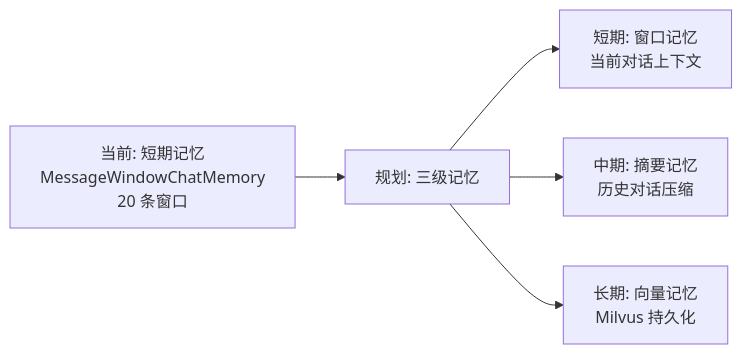
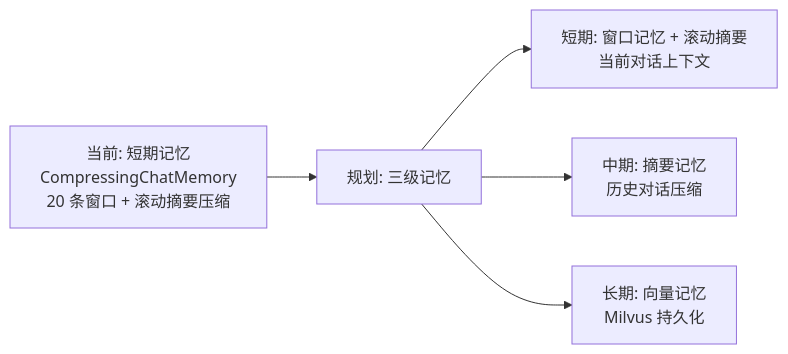
One commit to zxchengQQ/agent_demo changed the second of 2 diagrams in specs/modules/记忆管理模块-业务说明书.md. Above: the diagram before and after it, drawn with Mermaid. The commit also changed other lines of this file and 151 other files, not shown here.

````diff
--- a/specs/modules/记忆管理模块-业务说明书.md
+++ b/specs/modules/记忆管理模块-业务说明书.md
@@ -178,7 +193,7 @@
 ```mermaid
 graph LR
-    A[当前: 短期记忆<br/>MessageWindowChatMemory<br/>20 条窗口] --> B[规划: 三级记忆]
-    B --> C[短期: 窗口记忆<br/>当前对话上下文]
+    A[当前: 短期记忆<br/>CompressingChatMemory<br/>20 条窗口 + 滚动摘要压缩] --> B[规划: 三级记忆]
+    B --> C[短期: 窗口记忆 + 滚动摘要<br/>当前对话上下文]
     B --> D[中期: 摘要记忆<br/>历史对话压缩]
     B --> E[长期: 向量记忆<br/>Milvus 持久化]
 ```
````
